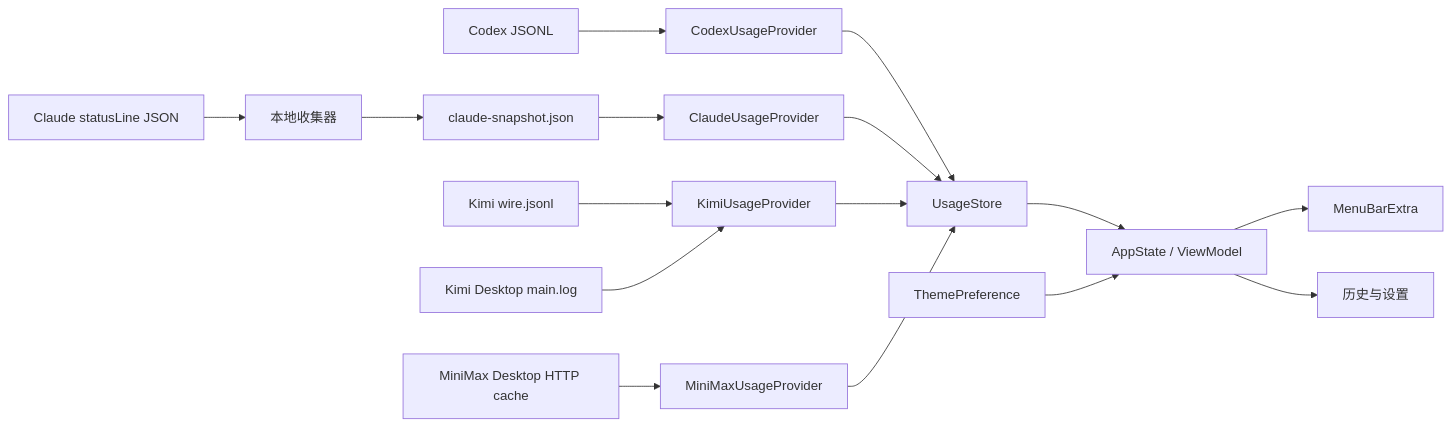
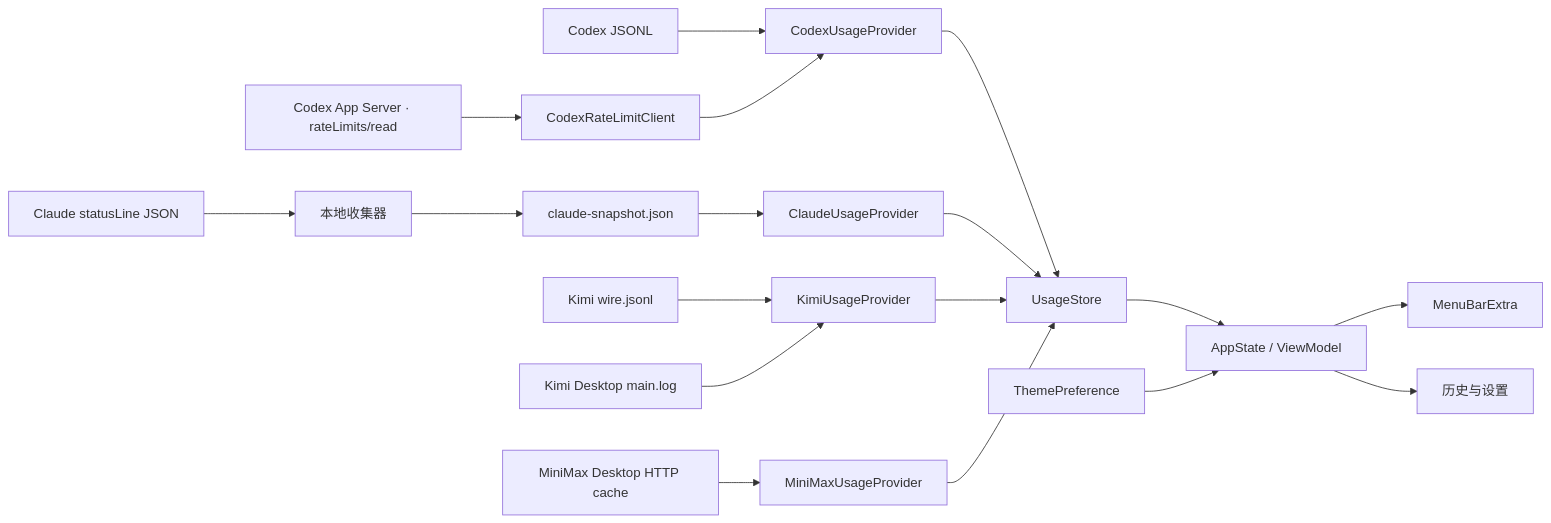
Before and after one commit to YuSec2021/ai-usage-display: the first of 2 diagrams in docs/ARCHITECTURE.md, drawn with Mermaid. The commit also changed other lines of this file and 17 other files, not shown here.

Commit message:
fix: refresh Codex quotas through the official app server

````diff
--- a/docs/ARCHITECTURE.md
+++ b/docs/ARCHITECTURE.md
@@ -7,18 +7,19 @@
 ```mermaid
 flowchart LR
     C["Codex JSONL"] --> CP["CodexUsageProvider"]
+    API["Codex App Server · rateLimits/read"] --> CLIENT["CodexRateLimitClient"] --> CP
     CC["Claude statusLine JSON"] --> H["本地收集器"]
     KC["Kimi wire.jsonl"] --> KP["KimiUsageProvider"]
     KD["Kimi Desktop main.log"] --> KP
     MM["MiniMax Desktop HTTP cache"] --> MP["MiniMaxUsageProvider"]
     H --> CS["claude-snapshot.json"]
     CS --> AP["ClaudeUsageProvider"]
     CP --> S["UsageStore"]
     AP --> S
     KP --> S
     MP --> S
     S --> VM["AppState / ViewModel"]
     VM --> MB["MenuBarExtra"]
     VM --> HI["历史与设置"]
     TP["ThemePreference"] --> VM
 ```
````
